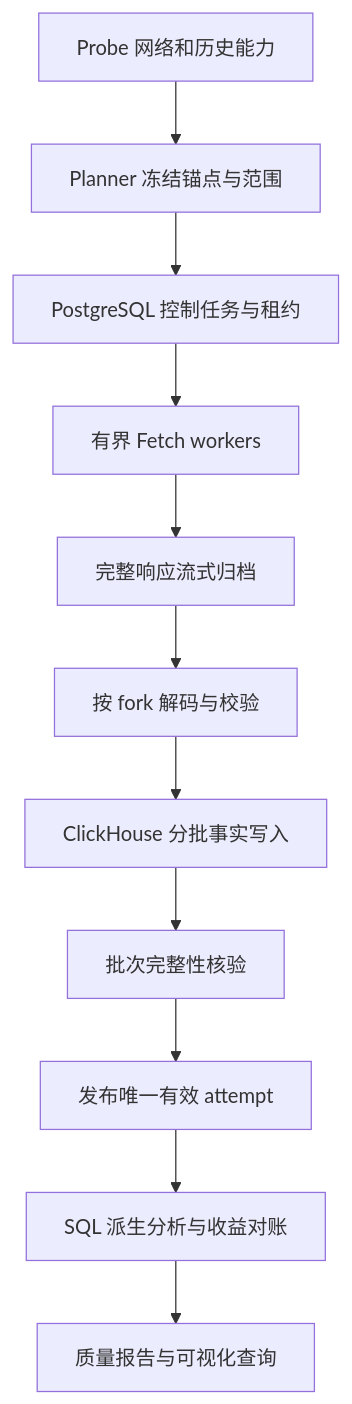
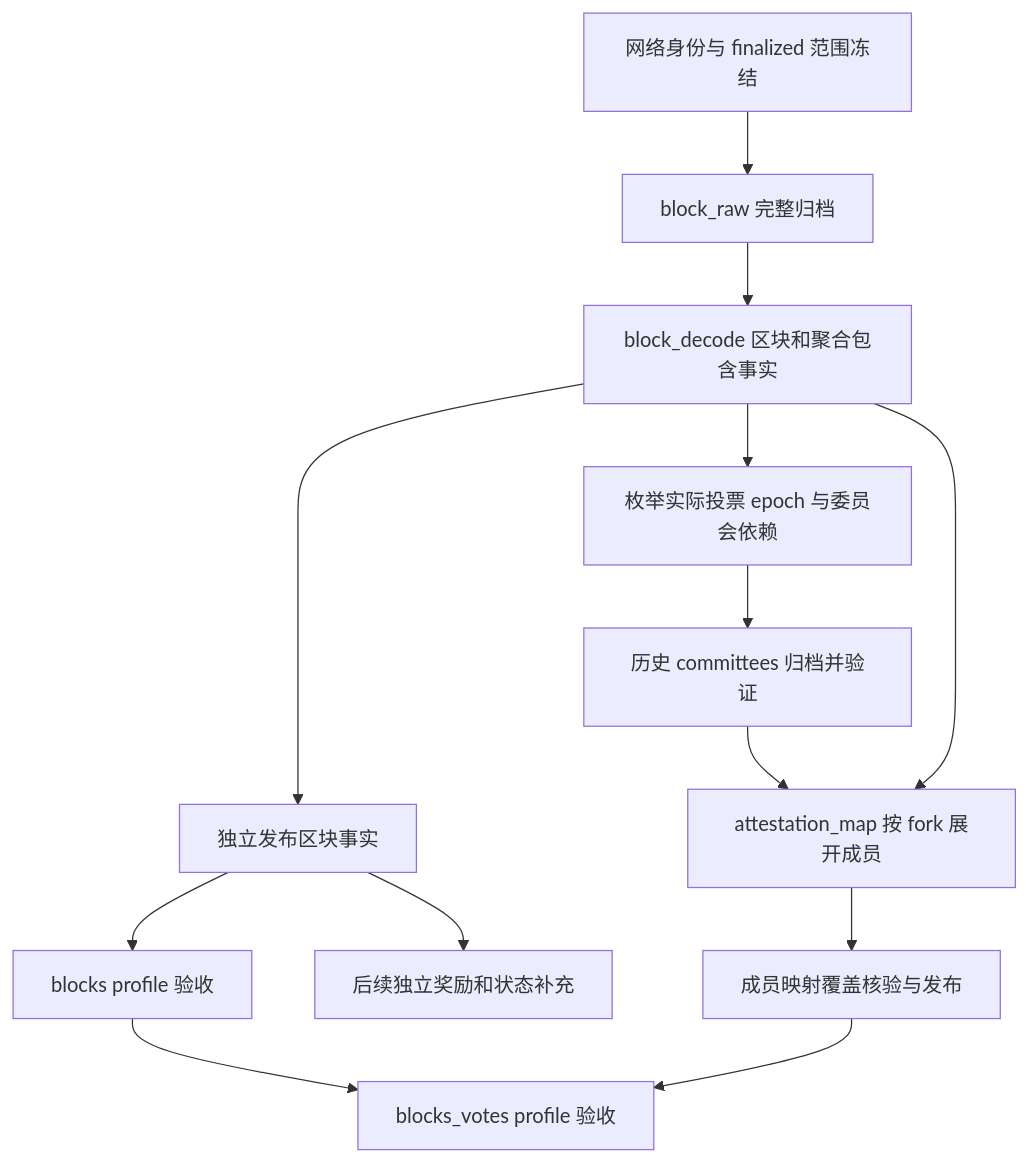
Before and after one commit to AmbitionCX/EthVis2: the diagram in docs/COLLECTOR_CODE_DESIGN.md, drawn with Mermaid. The commit also changed other lines of this file and 53 other files, not shown here.

````diff
--- a/docs/COLLECTOR_CODE_DESIGN.md
+++ b/docs/COLLECTOR_CODE_DESIGN.md
@@ -121,13 +179,15 @@
 ```mermaid
 flowchart TD
-    P[Probe 网络和历史能力] --> M[Planner 冻结锚点与范围]
-    M --> Q[PostgreSQL 控制任务与租约]
-    Q --> F[有界 Fetch workers]
-    F --> A[完整响应流式归档]
-    A --> D[按 fork 解码与校验]
-    D --> C[ClickHouse 分批事实写入]
-    C --> V[批次完整性核验]
-    V --> B[发布唯一有效 attempt]
-    B --> S[SQL 派生分析与收益对账]
-    S --> R[质量报告与可视化查询]
+    P[网络身份与 finalized 范围冻结] --> R[block_raw 完整归档]
+    R --> D[block_decode 区块和聚合包含事实]
+    D --> B[独立发布区块事实]
+    D --> E[枚举实际投票 epoch 与委员会依赖]
+    E --> C[历史 committees 归档并验证]
+    C --> M[attestation_map 按 fork 展开成员]
+    D --> M
+    M --> V[成员映射覆盖核验与发布]
+    B --> A[blocks profile 验收]
+    A --> AV[blocks_votes profile 验收]
+    V --> AV
+    B --> X[后续独立奖励和状态补充]
 ```
````
